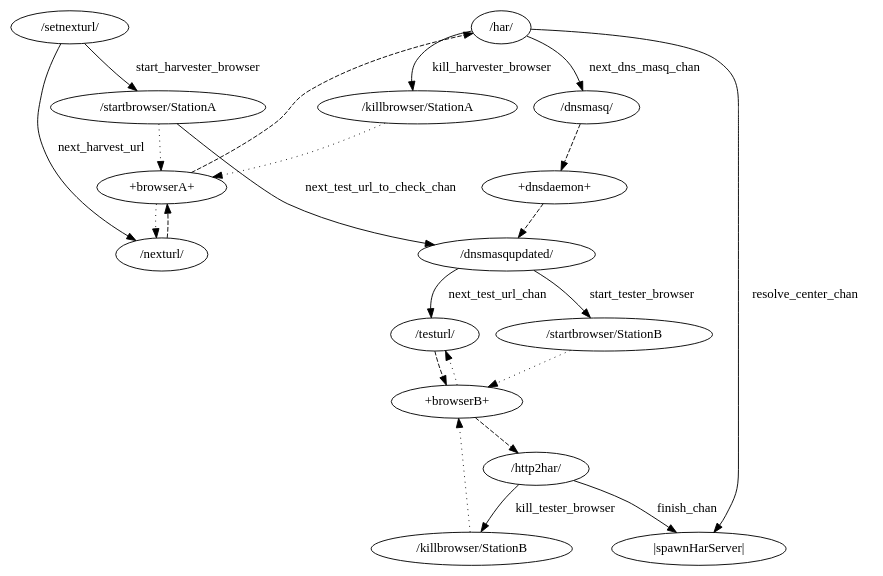
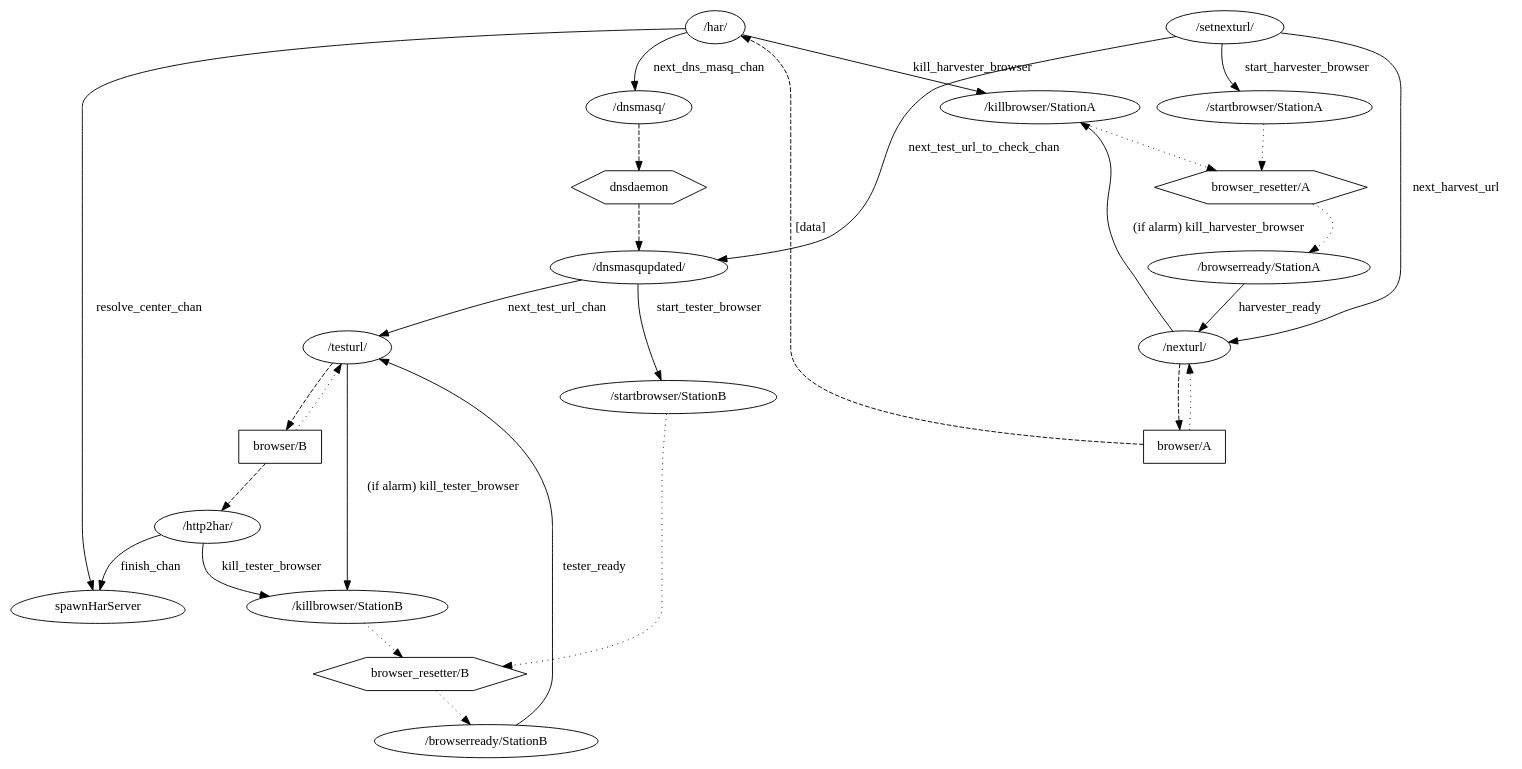
Before and after one commit to li-clutter-org/http2-test: the diagram in chans.dot, drawn with Graphviz. The commit also changed 7 other files, not shown here.

```diff
--- a/chans.dot
+++ b/chans.dot
@@ -1,55 +1,64 @@
 digraph chans {
 
     har[label="/har/"];
     nexturl[label="/nexturl/"];
     http2har[label="/http2har/"];
     dnsmasq[label="/dnsmasq/"];
     setnexturl[label="/setnexturl/"];
     dnsmasqupdated[label="/dnsmasqupdated/"];
     testurl[label="/testurl/"];
     startbrowserStationA[label="/startbrowser/StationA"];
     killbrowserStationA[label="/killbrowser/StationA"];
 
     startbrowserStationB[label="/startbrowser/StationB"];
     killbrowserStationB[label="/killbrowser/StationB"];
 
-    spawnHarServer[label="|spawnHarServer|"];
-    dnsdaemon[label="+dnsdaemon+"];
-    browserA[label="+browserA+"];
-    browserB[label="+browserB+"];
+    spawnHarServer[label="spawnHarServer", shape="egg"];
+    dnsdaemon[label="dnsdaemon", shape="hexagon"];
+    browserA[label="browser/A", shape="box"];
+    browserAresetter[label="browser_resetter/A", shape="hexagon"]
+    browserB[label="browser/B", shape="box"];
+    browserBresetter[label="browser_resetter/B", shape="hexagon"]
+    browserreadyA[label="/browserready/StationA"];
+    browserreadyB[label="/browserready/StationB"];
     
     har -> dnsmasq [label="next_dns_masq_chan"];
     har -> killbrowserStationA [label="kill_harvester_browser"];
-    killbrowserStationA -> browserA [style="dotted"];
+    killbrowserStationA -> browserAresetter [style="dotted"];
+    browserAresetter -> browserreadyA [style="dotted"];
+    browserreadyA -> nexturl [label="harvester_ready"];
     har -> spawnHarServer [label="resolve_center_chan"];
 
     dnsmasq -> dnsdaemon [style="dashed"];
 
     dnsdaemon -> dnsmasqupdated [style="dashed"];
 
     dnsmasqupdated -> startbrowserStationB [label="start_tester_browser"];
-    startbrowserStationB -> browserB [style="dotted"];
+    startbrowserStationB -> browserBresetter [style="dotted"];
+    browserBresetter -> browserreadyB [style="dotted"];
+    browserreadyB -> testurl [label="tester_ready"];
     browserB -> testurl [style="dotted"];
     testurl -> browserB [style="dashed"];
+    testurl -> killbrowserStationB [label="(if alarm) kill_tester_browser"];
     browserB -> http2har[style="dashed"];
 
     http2har -> killbrowserStationB [label="kill_tester_browser"];
-    killbrowserStationB -> browserB [style="dotted"];
+    killbrowserStationB -> browserBresetter [style="dotted"];
 
 
     browserA -> nexturl [style="dotted"];
     nexturl -> browserA [style="dashed"];
-    browserA -> har [style="dashed"];
+    nexturl -> killbrowserStationA [label="(if alarm) kill_harvester_browser"];
+    browserA -> har [style="dashed", label="[data]"];
 
-    startbrowserStationA -> browserA [ style="dotted"];
-
-    startbrowserStationA -> dnsmasqupdated [label="next_test_url_to_check_chan"];
+    startbrowserStationA -> browserAresetter [ style="dotted"];
 
     http2har -> spawnHarServer [label="finish_chan"];
 
     dnsmasqupdated ->  testurl [label="next_test_url_chan"];
 
     setnexturl -> startbrowserStationA [label="start_harvester_browser"];
     setnexturl -> nexturl [label="next_harvest_url"];
+    setnexturl -> dnsmasqupdated [ label="next_test_url_to_check_chan"]
 
 }
```
